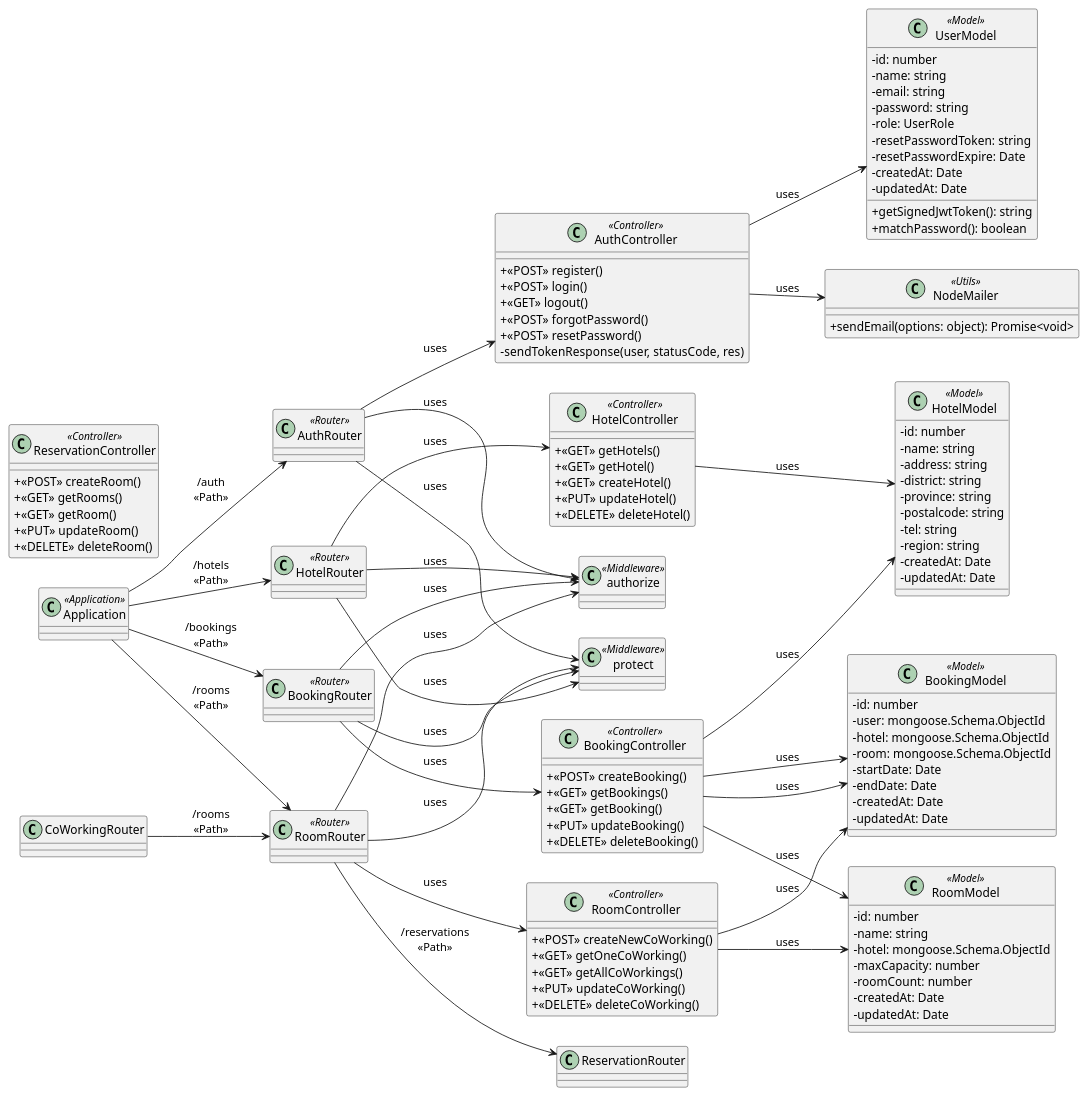
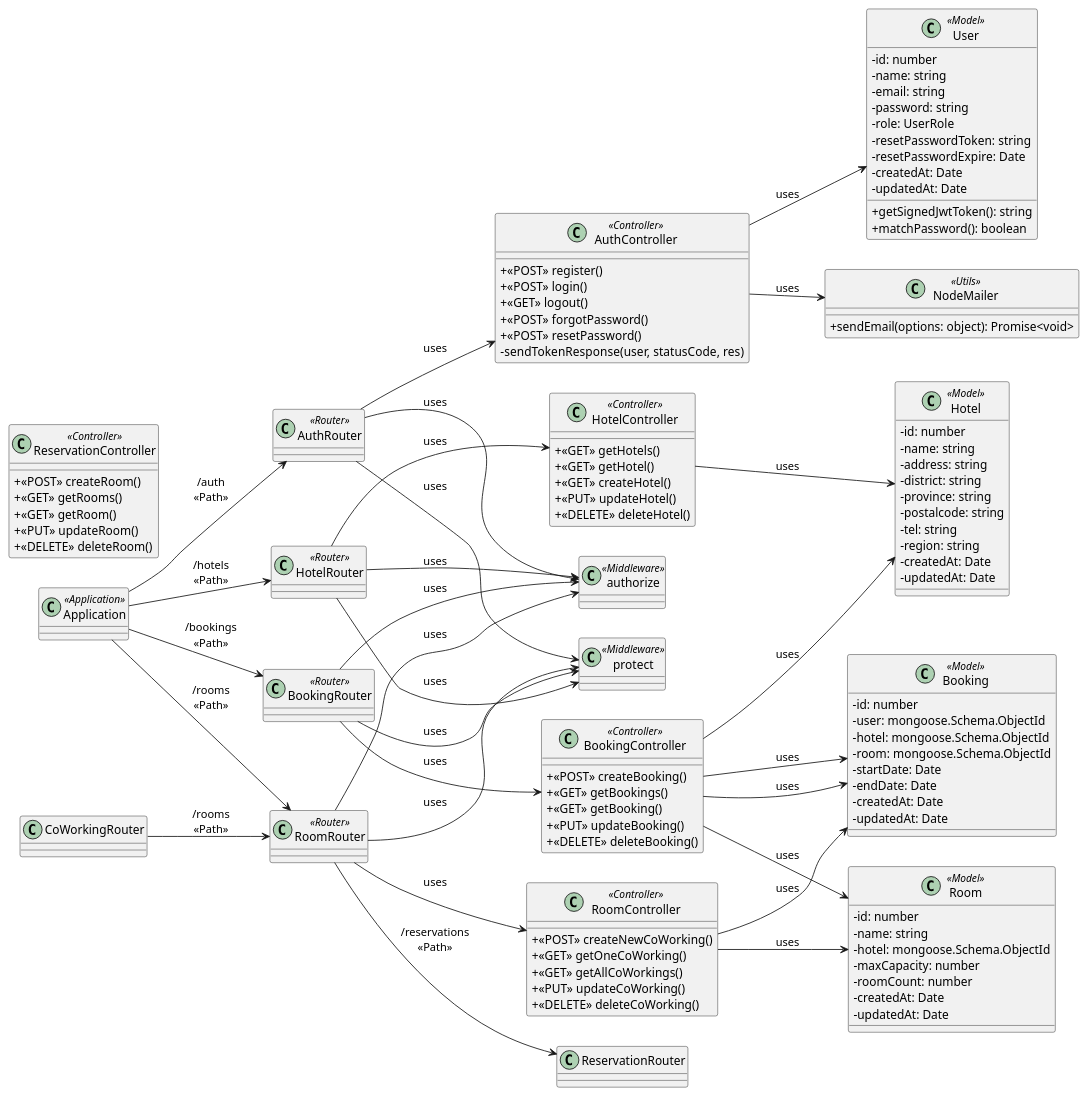
The diagram in diagram/class/class.puml (n0n7/SWDev_Final), drawn with PlantUML before and after one commit. The commit also changed 10 other files, not shown here.

Commit message:
create sequence diagram

```diff
--- a/diagram/class/class.puml
+++ b/diagram/class/class.puml
@@ -1,157 +1,157 @@
 @startuml Class Diagram
 left to right direction
 skinparam packagePadding 20
 skinparam classAttributeIconSize 0
 
 class Application <<Application>>
 
 ' Routers
 class AuthRouter <<Router>>
 class HotelRouter <<Router>>
 class RoomRouter <<Router>>
 class BookingRouter <<Router>>
 
 ' Controllers
 class AuthController <<Controller>> {
     + <<POST>> register()
     + <<POST>> login()
     + <<GET>> logout()
     + <<POST>> forgotPassword()
     + <<POST>> resetPassword()
     - sendTokenResponse(user, statusCode, res)
 }
 
 class HotelController <<Controller>> {
     + <<GET>> getHotels()
     + <<GET>> getHotel()
     + <<GET>> createHotel()
     + <<PUT>> updateHotel()
     + <<DELETE>> deleteHotel()
 }
 
 class RoomController <<Controller>> {
     + <<POST>> createNewCoWorking()
     + <<GET>> getOneCoWorking()
     + <<GET>> getAllCoWorkings()
     + <<PUT>> updateCoWorking()
     + <<DELETE>> deleteCoWorking()
 }
 
 class BookingController <<Controller>> {
     + <<POST>> createBooking()
     + <<GET>> getBookings()
     + <<GET>> getBooking()
     + <<PUT>> updateBooking()
     + <<DELETE>> deleteBooking()
 }
 
 class ReservationController <<Controller>> {
     + <<POST>> createRoom()
     + <<GET>> getRooms()
     + <<GET>> getRoom()
     + <<PUT>> updateRoom()
     + <<DELETE>> deleteRoom()
 }
 
 ' Model
-class UserModel <<Model>> {
+class User <<Model>> {
     - id: number
     - name: string
     - email: string
     - password: string
     - role: UserRole
     - resetPasswordToken: string
     - resetPasswordExpire: Date
     - createdAt: Date
     - updatedAt: Date
 
     + getSignedJwtToken(): string
     + matchPassword(): boolean
 }
 
-class HotelModel <<Model>> {
+class Hotel <<Model>> {
     - id: number
     - name: string
     - address: string
     - district: string
     - province: string
     - postalcode: string
     - tel: string
     - region: string
     - createdAt: Date
     - updatedAt: Date
 }
 
-class RoomModel <<Model>> {
+class Room <<Model>> {
     - id: number
     - name: string
     - hotel: mongoose.Schema.ObjectId
     - maxCapacity: number
     - roomCount: number
     - createdAt: Date
     - updatedAt: Date
 }
 
-class BookingModel <<Model>> {
+class Booking <<Model>> {
     - id: number
     - user: mongoose.Schema.ObjectId
     - hotel: mongoose.Schema.ObjectId
     - room: mongoose.Schema.ObjectId
     - startDate: Date
     - endDate: Date
     - createdAt: Date
     - updatedAt: Date
 }
 
 ' Utils
 class NodeMailer <<Utils>> {
     + sendEmail(options: object): Promise<void>
 }
 
 ' Middlewares
 class authorize <<Middleware>>
 class protect <<Middleware>>
 
 '' Service & Router
 Application --> AuthRouter: "/auth\n<<Path>>"
 Application --> HotelRouter: "/hotels\n<<Path>>"
 Application --> BookingRouter: "/bookings\n<<Path>>"
 Application --> RoomRouter: "/rooms\n<<Path>>"
 
 '' Routers & Routers
 CoWorkingRouter --> RoomRouter: "/rooms\n<<Path>>"
 RoomRouter --> ReservationRouter: "/reservations\n<<Path>>"
 
 '' Router & Middlewares
 AuthRouter --> authorize: "uses"
 AuthRouter --> protect: "uses"
 
 HotelRouter --> authorize: "uses"
 HotelRouter --> protect: "uses"
 
 RoomRouter --> authorize: "uses"
 RoomRouter --> protect: "uses"
 
 BookingRouter --> authorize: "uses"
 BookingRouter --> protect: "uses"
 
 '' Routers & Controllers
 AuthRouter --> AuthController: "uses"
 HotelRouter --> HotelController: "uses"
 RoomRouter --> RoomController: "uses"
 BookingRouter --> BookingController: "uses"
 
 '' Controllers & Models
-AuthController --> UserModel: "uses"
-HotelController --> HotelModel: "uses"
-RoomController --> RoomModel: "uses"
-BookingController --> BookingModel: "uses"
-RoomController --> BookingModel: "uses"
-BookingController --> BookingModel: "uses"
-BookingController --> HotelModel: "uses"
-BookingController --> RoomModel: "uses"
+AuthController --> User: "uses"
+HotelController --> Hotel: "uses"
+RoomController --> Room: "uses"
+BookingController --> Booking: "uses"
+RoomController --> Booking: "uses"
+BookingController --> Booking: "uses"
+BookingController --> Hotel: "uses"
+BookingController --> Room: "uses"
 
 '' Utils
 AuthController --> NodeMailer: "uses"
 
 @enduml
```
